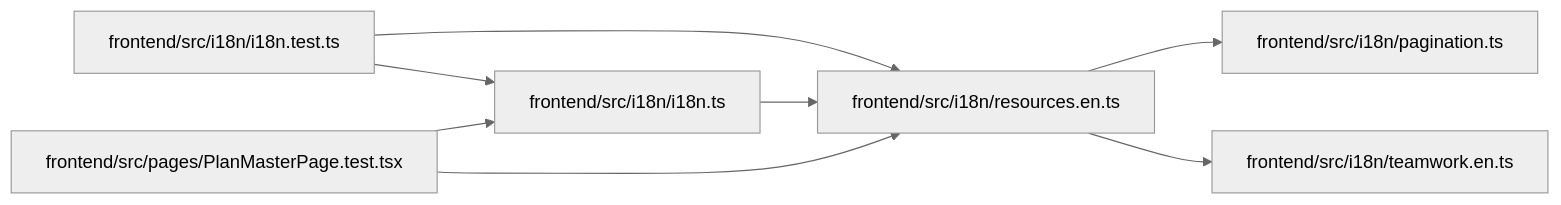
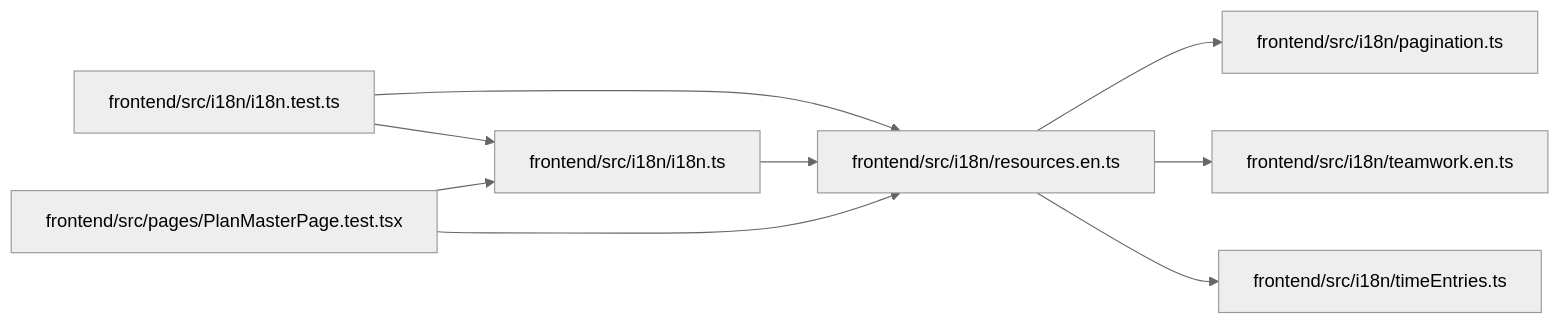
Before and after one commit to Denissvgn/WorkChord: the diagram in docs/llm_wiki/modules/resources.en.md, drawn with Mermaid (neutral theme). The commit also changed other lines of this file and 2344 other files, not shown here.

````diff
--- a/docs/llm_wiki/modules/resources.en.md
+++ b/docs/llm_wiki/modules/resources.en.md
@@ -26,22 +27,25 @@
 ```mermaid
 flowchart LR
     n0["frontend/src/i18n/i18n.test.ts"]
     n1["frontend/src/i18n/i18n.ts"]
     n2["frontend/src/i18n/pagination.ts"]
     n3["frontend/src/i18n/resources.en.ts"]
     n4["frontend/src/i18n/teamwork.en.ts"]
-    n5["frontend/src/pages/PlanMasterPage.test.tsx"]
+    n5["frontend/src/i18n/timeEntries.ts"]
+    n6["frontend/src/pages/PlanMasterPage.test.tsx"]
     n0 --> n1
     n0 --> n3
     n1 --> n3
     n3 --> n2
     n3 --> n4
-    n5 --> n1
-    n5 --> n3
+    n3 --> n5
+    n6 --> n1
+    n6 --> n3
     click n0 "../modules/i18n.test.md"
     click n1 "../modules/i18n.md"
     click n2 "../modules/pagination.md"
     click n3 "../modules/resources.en.md"
     click n4 "../modules/teamwork.en.md"
-    click n5 "../modules/PlanMasterPage.test.md"
+    click n5 "../modules/timeEntries.md"
+    click n6 "../modules/PlanMasterPage.test.md"
 ```
````
